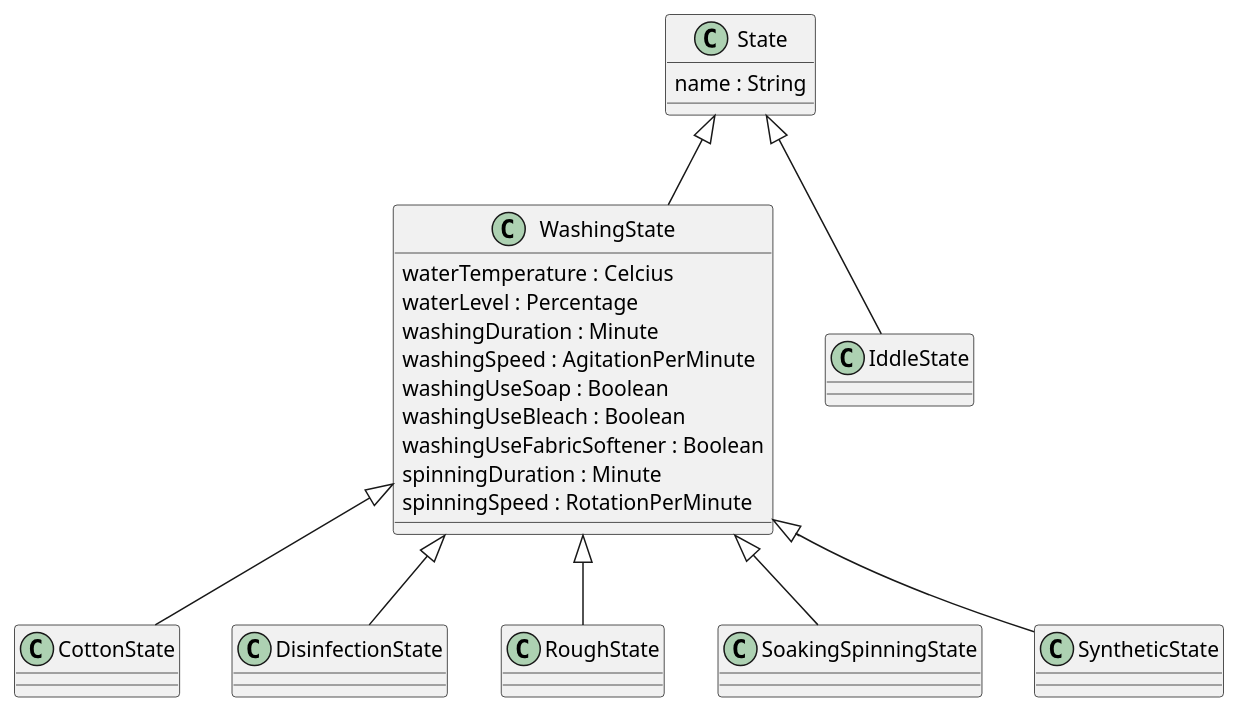
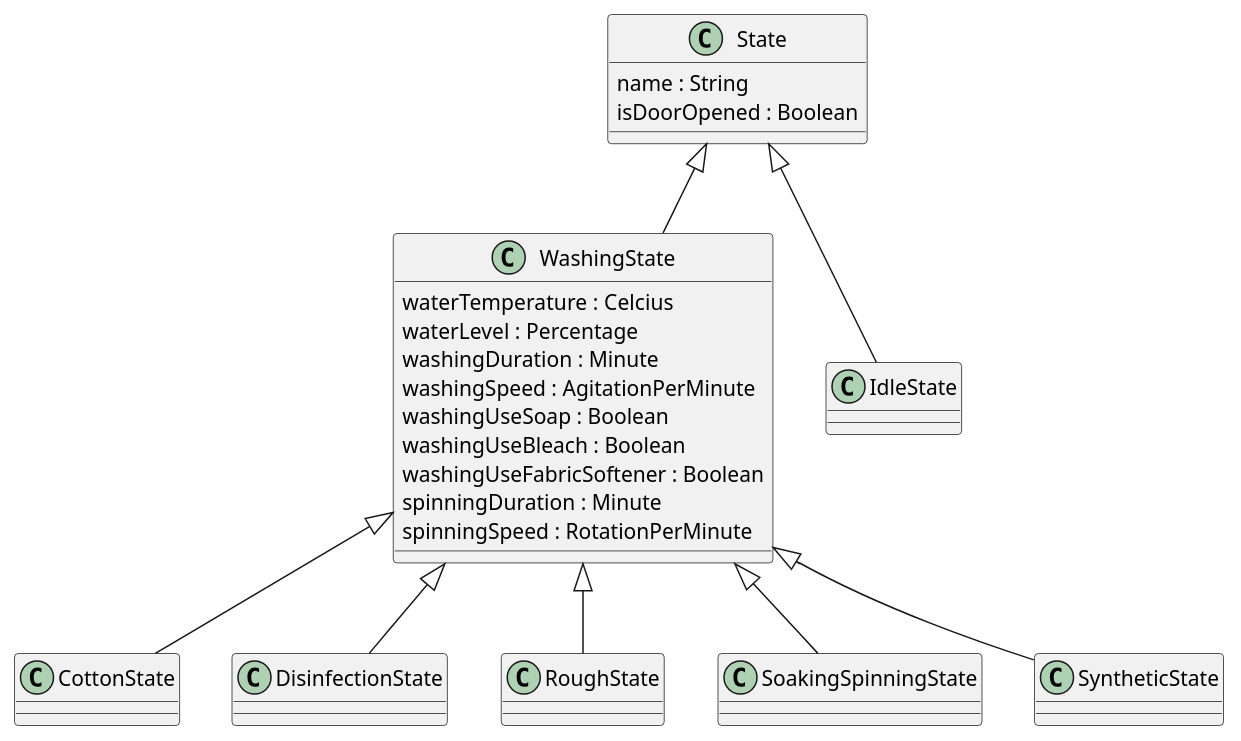
Before and after one commit to mdesharnais/log330-washing-machine-system: the diagram in doc/architecture/diagramme-classes.plantuml, drawn with PlantUML. The commit also changed 2 other files, not shown here.

Commit message:
s/iddle/iddle/i

```diff
--- a/doc/architecture/diagramme-classes.plantuml
+++ b/doc/architecture/diagramme-classes.plantuml
@@ -1,41 +1,42 @@
 State <|-- WashingState
-State <|-- IddleState
+State <|-- IdleState
 WashingState <|-- CottonState
 WashingState <|-- DisinfectionState
 WashingState <|-- RoughState
 WashingState <|-- SoakingSpinningState
 WashingState <|-- SyntheticState
 
 class State {
     name : String
+    isDoorOpened : Boolean
 }
 
 class WashingState {
     waterTemperature : Celcius
     waterLevel : Percentage
     washingDuration : Minute
     washingSpeed : AgitationPerMinute
     washingUseSoap : Boolean
     washingUseBleach : Boolean
     washingUseFabricSoftener : Boolean
     spinningDuration : Minute
     spinningSpeed : RotationPerMinute
 }
 
-class IddleState {
+class IdleState {
 }
 
 class CottonState {
 }
 
 class DisinfectionState {
 }
 
 class RoughState {
 }
 
 class SoakingSpinningState {
 }
 
 class SyntheticState {
 }
```
